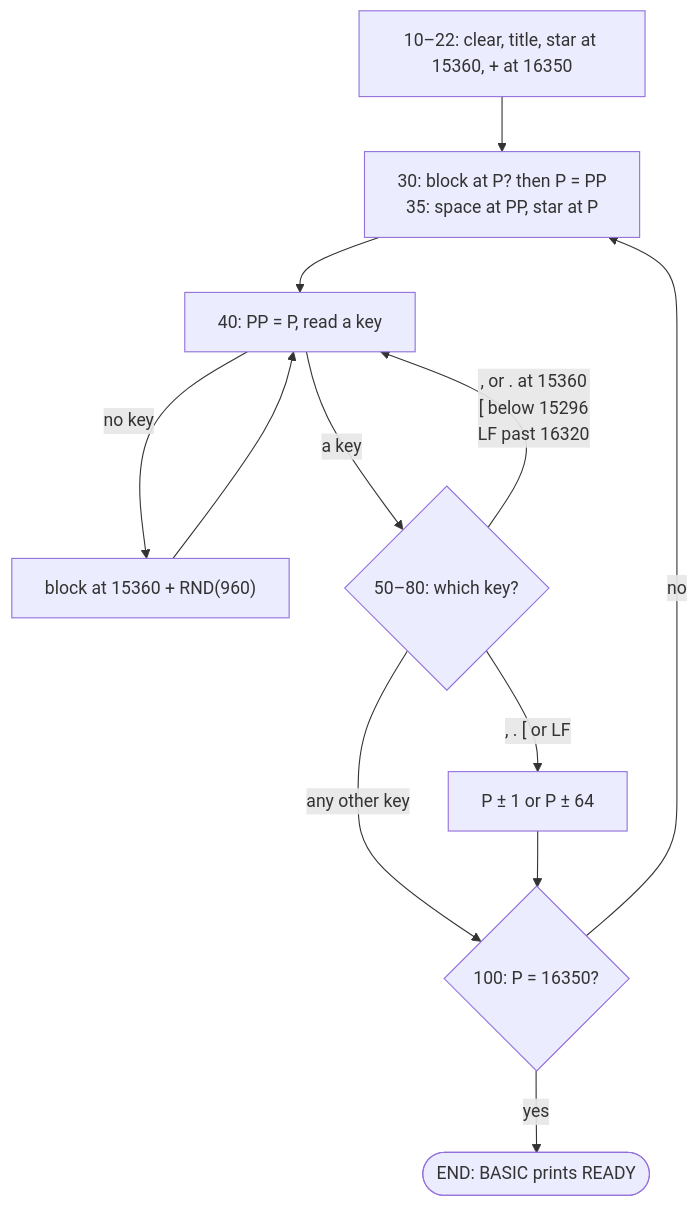
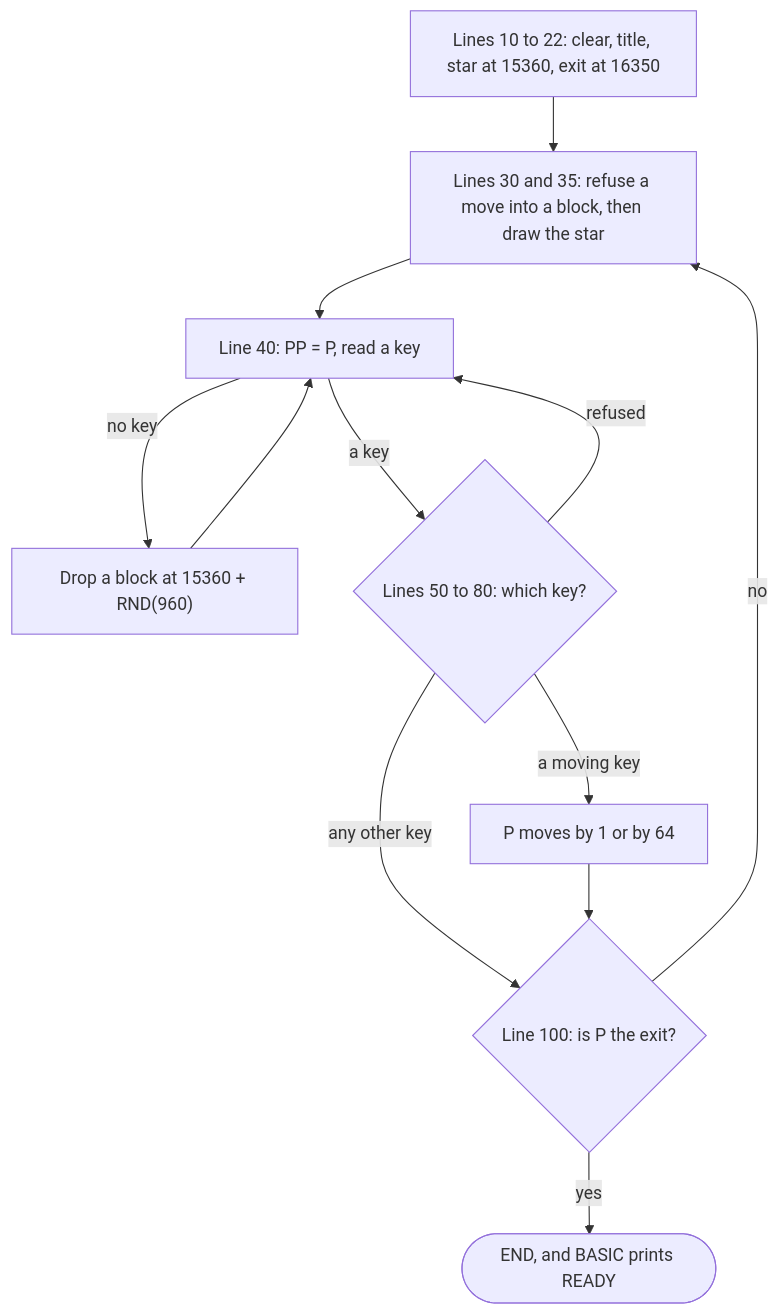
The second of 2 diagrams in docs/escape/ORIGINAL-ARCHITECTURE.md (agunawijaya/any-key), drawn with Mermaid before and after one commit. The commit also changed other lines of this file and 316 other files, not shown here.

````diff
--- a/docs/escape/ORIGINAL-ARCHITECTURE.md
+++ b/docs/escape/ORIGINAL-ARCHITECTURE.md
@@ -77,14 +53,14 @@
 ```mermaid
 flowchart TD
-    START["10–22: clear, title, star at 15360, + at 16350"] --> DRAW
-    DRAW["30: block at P? then P = PP<br/>35: space at PP, star at P"] --> LOOP
-    LOOP["40: PP = P, read a key"] -->|no key| RAIN["block at 15360 + RND(960)"]
+    START["Lines 10 to 22: clear, title, star at 15360, exit at 16350"] --> DRAW
+    DRAW["Lines 30 and 35: refuse a move into a block, then draw the star"] --> LOOP
+    LOOP["Line 40: PP = P, read a key"] -->|no key| RAIN["Drop a block at 15360 + RND(960)"]
     RAIN --> LOOP
-    LOOP -->|a key| KEYS{"50–80: which key?"}
-    KEYS -->|", or . at 15360<br/>[ below 15296<br/>LF past 16320"| LOOP
-    KEYS -->|", . [ or LF"| MOVE["P ± 1 or P ± 64"]
-    KEYS -->|"any other key"| CHECK
-    MOVE --> CHECK{"100: P = 16350?"}
-    CHECK -->|yes| END(["END: BASIC prints READY"])
+    LOOP -->|a key| KEYS{"Lines 50 to 80: which key?"}
+    KEYS -->|refused| LOOP
+    KEYS -->|a moving key| MOVE["P moves by 1 or by 64"]
+    KEYS -->|any other key| CHECK
+    MOVE --> CHECK{"Line 100: is P the exit?"}
+    CHECK -->|yes| DONE(["END, and BASIC prints READY"])
     CHECK -->|no| DRAW
 ```
````
